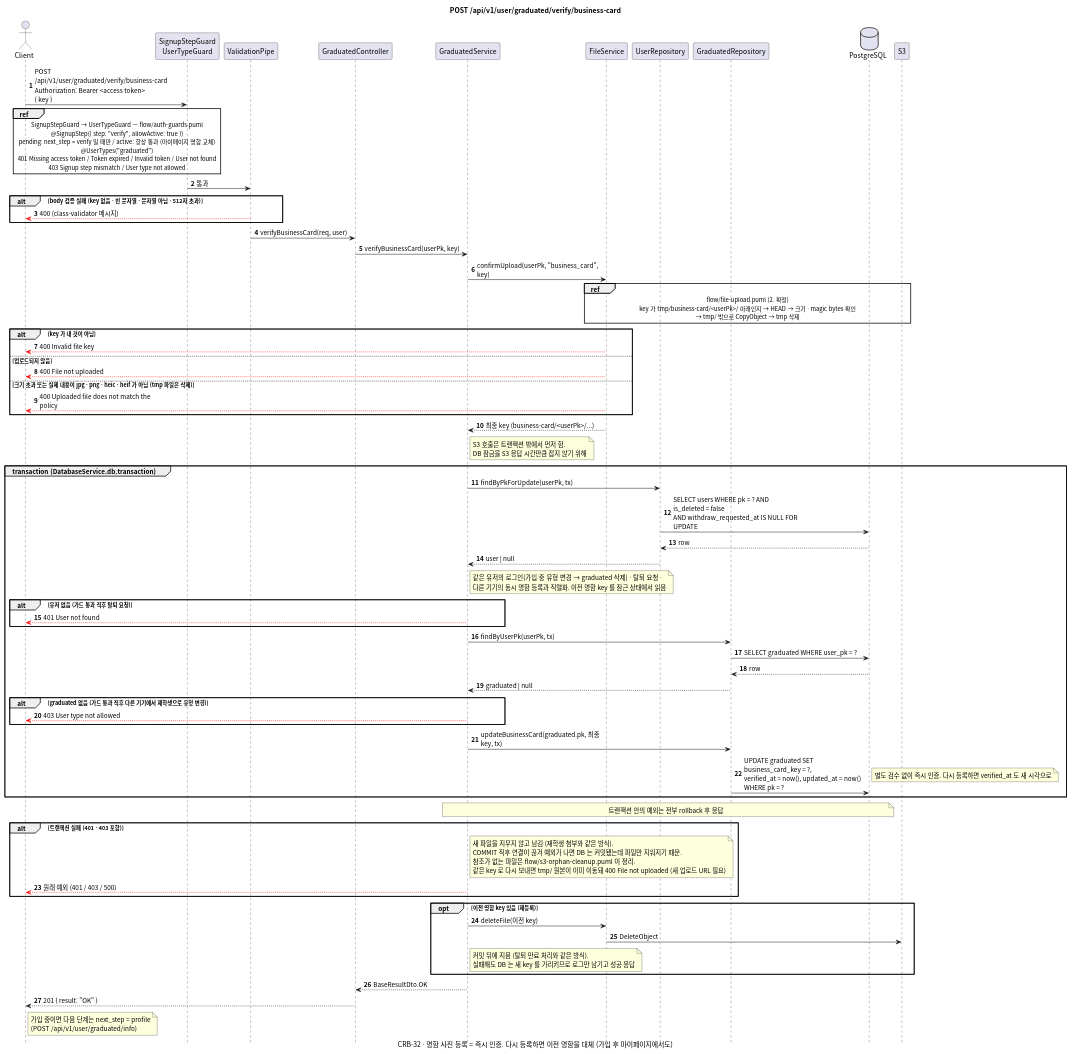
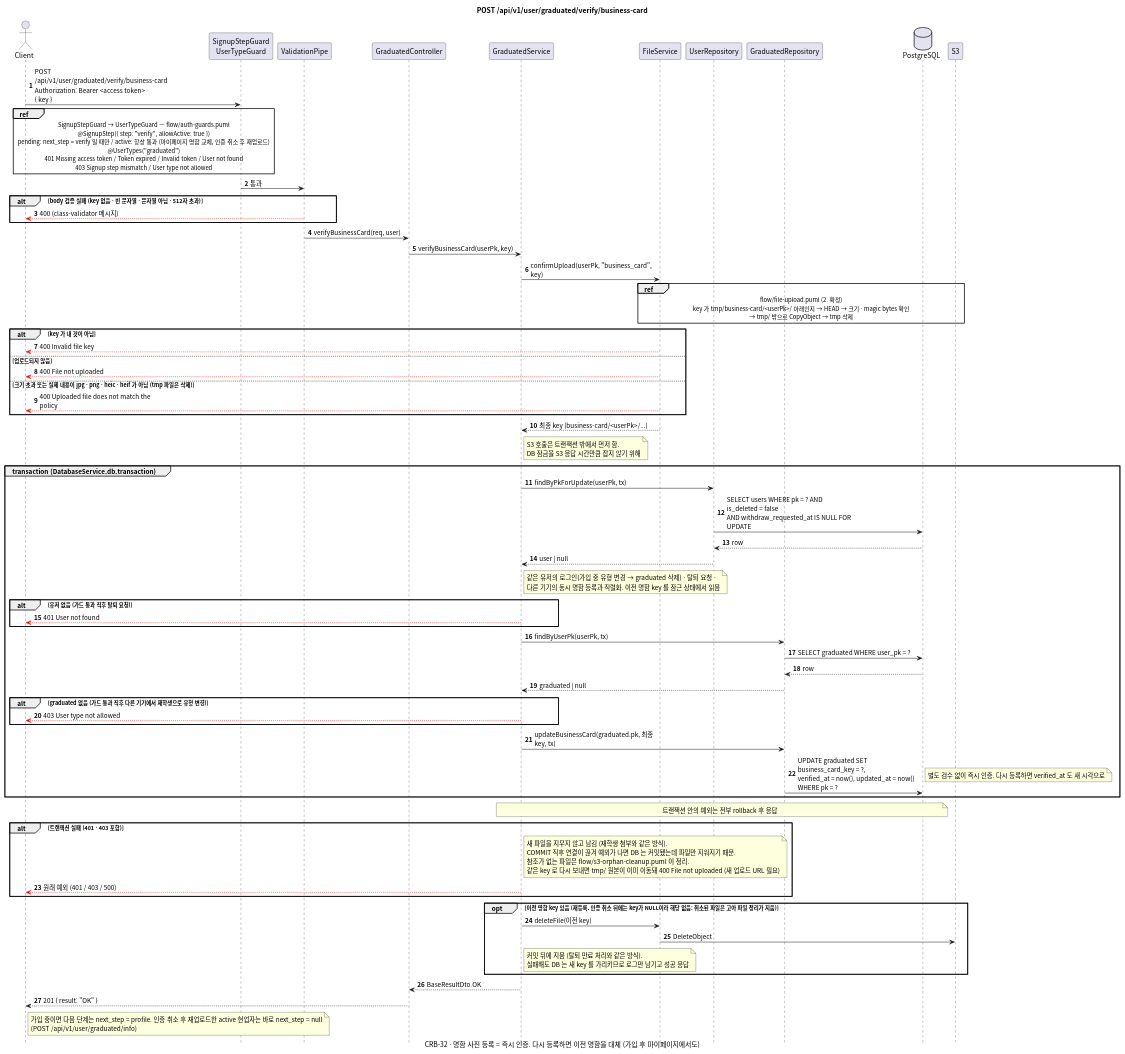
Before and after one commit to gsainfoteam/cheers-be: the diagram in docs/sequence/graduated/post-verify-business-card.puml, drawn with PlantUML. The commit also changed 11 other files, not shown here.

Commit message:
- docs: add business card sequence diagrams (CRB-44)

```diff
--- a/docs/sequence/graduated/post-verify-business-card.puml
+++ b/docs/sequence/graduated/post-verify-business-card.puml
@@ -1,115 +1,115 @@
 @startuml post-verify-business-card
 skinparam defaultFontName "Apple SD Gothic Neo", "Noto Sans CJK KR", sans-serif
 skinparam responseMessageBelowArrow true
 skinparam sequenceMessageAlign left
 skinparam maxMessageSize 260
 skinparam BoxPadding 8
 skinparam shadowing false
 autonumber
 hide footbox
 
 title POST /api/v1/user/graduated/verify/business-card
 caption CRB-32 · 명함 사진 등록 = 즉시 인증. 다시 등록하면 이전 명함을 대체 (가입 후 마이페이지에서도)
 
 actor Client
 participant "SignupStepGuard\nUserTypeGuard" as Guard
 participant "ValidationPipe" as Pipe
 participant "GraduatedController" as Controller
 participant "GraduatedService" as Service
 participant "FileService" as FileService
 participant "UserRepository" as UserRepository
 participant "GraduatedRepository" as GraduatedRepository
 database PostgreSQL
 participant "S3"
 
 Client -> Guard: POST /api/v1/user/graduated/verify/business-card\nAuthorization: Bearer <access token>\n{ key }
 ref over Client, Guard
   SignupStepGuard → UserTypeGuard — flow/auth-guards.puml
   @SignupStep({ step: "verify", allowActive: true })
-  pending: next_step = verify 일 때만 / active: 항상 통과 (마이페이지 명함 교체)
+  pending: next_step = verify 일 때만 / active: 항상 통과 (마이페이지 명함 교체, 인증 취소 후 재업로드)
   @UserTypes("graduated")
   401 Missing access token / Token expired / Invalid token / User not found
   403 Signup step mismatch / User type not allowed
 end ref
 Guard -> Pipe: 통과
 alt body 검증 실패 (key 없음 · 빈 문자열 · 문자열 아님 · 512자 초과)
   Pipe -[#red]-> Client: 400 (class-validator 메시지)
 end
 Pipe -> Controller: verifyBusinessCard(req, user)
 Controller -> Service: verifyBusinessCard(userPk, key)
 
 Service -> FileService: confirmUpload(userPk, "business_card", key)
 ref over FileService, S3
   flow/file-upload.puml (2. 확정)
   key 가 tmp/business-card/<userPk>/ 아래인지 → HEAD → 크기 · magic bytes 확인
   → tmp/ 밖으로 CopyObject → tmp 삭제
 end ref
 alt key 가 내 것이 아님
   FileService -[#red]-> Client: 400 Invalid file key
 else 업로드되지 않음
   FileService -[#red]-> Client: 400 File not uploaded
 else 크기 초과 또는 실제 내용이 jpg · png · heic · heif 가 아님 (tmp 파일은 삭제)
   FileService -[#red]-> Client: 400 Uploaded file does not match the policy
 end
 FileService --> Service: 최종 key (business-card/<userPk>/...)
 note right of Service
   S3 호출은 트랜잭션 밖에서 먼저 함.
   DB 잠금을 S3 응답 시간만큼 잡지 않기 위해
 end note
 
 group transaction (DatabaseService.db.transaction)
   Service -> UserRepository: findByPkForUpdate(userPk, tx)
   UserRepository -> PostgreSQL: SELECT users WHERE pk = ? AND is_deleted = false\nAND withdraw_requested_at IS NULL FOR UPDATE
   PostgreSQL --> UserRepository: row
   UserRepository --> Service: user | null
   note right of Service
     같은 유저의 로그인(가입 중 유형 변경 → graduated 삭제) · 탈퇴 요청 ·
     다른 기기의 동시 명함 등록과 직렬화. 이전 명함 key 를 잠근 상태에서 읽음
   end note
   alt 유저 없음 (가드 통과 직후 탈퇴 요청)
     Service -[#red]-> Client: 401 User not found
   end
 
   Service -> GraduatedRepository: findByUserPk(userPk, tx)
   GraduatedRepository -> PostgreSQL: SELECT graduated WHERE user_pk = ?
   PostgreSQL --> GraduatedRepository: row
   GraduatedRepository --> Service: graduated | null
   alt graduated 없음 (가드 통과 직후 다른 기기에서 재학생으로 유형 변경)
     Service -[#red]-> Client: 403 User type not allowed
   end
 
   Service -> GraduatedRepository: updateBusinessCard(graduated.pk, 최종 key, tx)
   GraduatedRepository -> PostgreSQL: UPDATE graduated SET business_card_key = ?,\nverified_at = now(), updated_at = now() WHERE pk = ?
   note right
     별도 검수 없이 즉시 인증. 다시 등록하면 verified_at 도 새 시각으로
   end note
 end
 note over Service, PostgreSQL: 트랜잭션 안의 예외는 전부 rollback 후 응답
 
 alt 트랜잭션 실패 (401 · 403 포함)
   note right of Service
     새 파일을 지우지 않고 남김 (재학생 첨부와 같은 방식).
     COMMIT 직후 연결이 끊겨 예외가 나면 DB 는 커밋됐는데 파일만 지워지기 때문.
     참조가 없는 파일은 flow/s3-orphan-cleanup.puml 이 정리.
     같은 key 로 다시 보내면 tmp/ 원본이 이미 이동돼 400 File not uploaded (새 업로드 URL 필요)
   end note
   Service -[#red]-> Client: 원래 예외 (401 / 403 / 500)
 end
 
-opt 이전 명함 key 있음 (재등록)
+opt 이전 명함 key 있음 (재등록. 인증 취소 뒤에는 key가 NULL이라 해당 없음: 취소된 파일은 고아 파일 정리가 지움)
   Service -> FileService: deleteFile(이전 key)
   FileService -> S3: DeleteObject
   note right of Service
     커밋 뒤에 지움 (탈퇴 만료 처리와 같은 방식).
     실패해도 DB 는 새 key 를 가리키므로 로그만 남기고 성공 응답
   end note
 end
 
 Service --> Controller: BaseResultDto.OK
 Controller --> Client: 201 { result: "OK" }
 note right of Client
-  가입 중이면 다음 단계는 next_step = profile
+  가입 중이면 다음 단계는 next_step = profile. 인증 취소 후 재업로드한 active 현업자는 바로 next_step = null
   (POST /api/v1/user/graduated/info)
 end note
 
 @enduml
```
